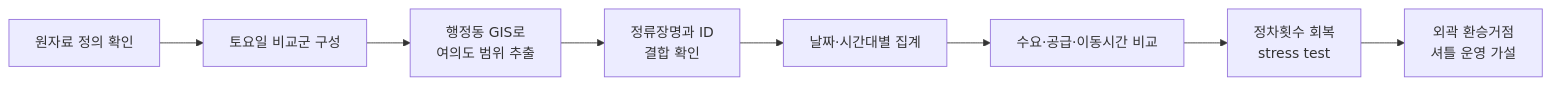
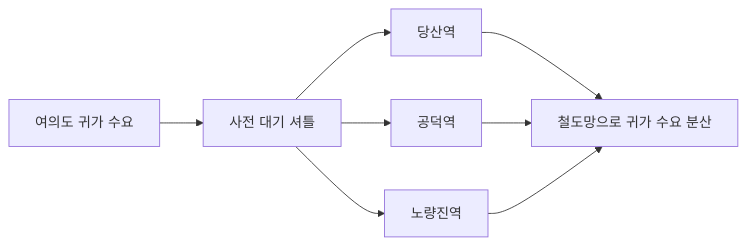
Before and after one commit to yoon-chan-hyeok/yeouido-festival-mobility-analysis: the diagram in README.md, drawn with Mermaid. The commit also changed other lines of this file and 10 other files, not shown here.

````diff
--- a/README.md
+++ b/README.md
@@ -70,10 +62,10 @@
 ```mermaid
 flowchart LR
-    A["원자료 정의 확인"] --> B["토요일 비교군 구성"]
-    B --> C["행정동 GIS로<br/>여의도 범위 추출"]
-    C --> D["정류장명과 ID<br/>결합 확인"]
-    D --> E["날짜·시간대별 집계"]
-    E --> F["수요·공급·이동시간 비교"]
-    F --> G["정차횟수 회복<br/>stress test"]
-    G --> H["외곽 환승거점<br/>셔틀 운영 가설"]
+    A["여의도 귀가 수요"] --> B["사전 대기 셔틀"]
+    B --> C["당산역"]
+    B --> D["공덕역"]
+    B --> E["노량진역"]
+    C --> F["철도망으로 귀가 수요 분산"]
+    D --> F
+    E --> F
 ```
````
